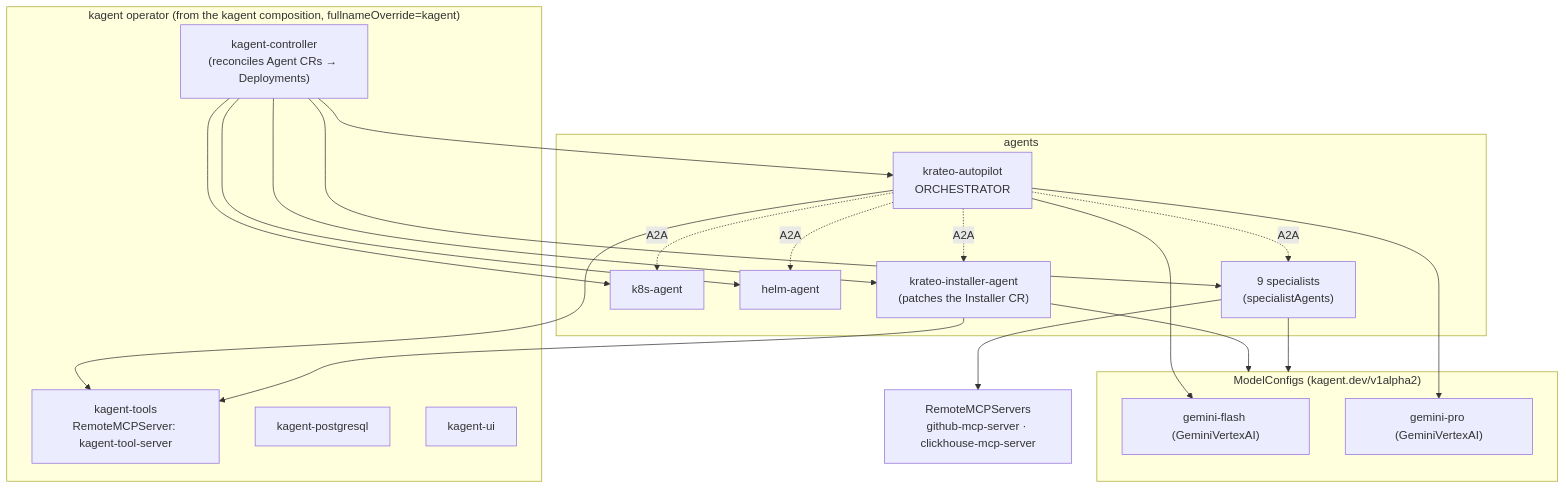
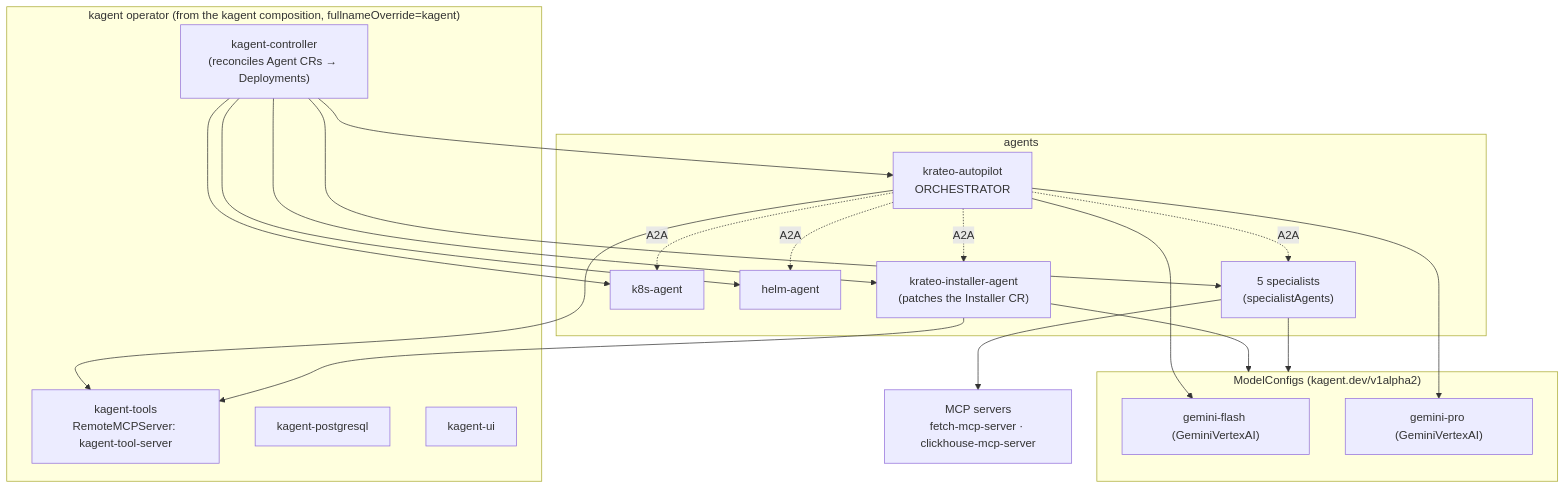
Before and after one commit to braghettos/installer: the fifth of 8 diagrams in ARCHITECTURE.md, drawn with Mermaid. The commit also changed other lines of this file and 11 other files, not shown here.

````diff
--- a/ARCHITECTURE.md
+++ b/ARCHITECTURE.md
@@ -167,34 +192,34 @@
 ```mermaid
 flowchart TB
     subgraph operator["kagent operator (from the kagent composition, fullnameOverride=kagent)"]
         ctrl["kagent-controller<br/>(reconciles Agent CRs → Deployments)"]
         tools["kagent-tools<br/>RemoteMCPServer: kagent-tool-server"]
         pg["kagent-postgresql"]
         ui["kagent-ui"]
     end
     subgraph models["ModelConfigs (kagent.dev/v1alpha2)"]
         flash["gemini-flash (GeminiVertexAI)"]
         pro["gemini-pro (GeminiVertexAI)"]
     end
     subgraph agentlayer["agents"]
         ap["krateo-autopilot<br/>ORCHESTRATOR"]
         ia["krateo-installer-agent<br/>(patches the Installer CR)"]
         k8s["k8s-agent"]
         helm["helm-agent"]
-        spec["9 specialists<br/>(specialistAgents)"]
+        spec["5 specialists<br/>(specialistAgents)"]
     end
-    extmcp["RemoteMCPServers<br/>github-mcp-server · clickhouse-mcp-server"]
+    extmcp["MCP servers<br/>fetch-mcp-server · clickhouse-mcp-server"]
 
     ctrl --> ap & ia & k8s & helm & spec
     ap -. A2A .-> ia
     ap -. A2A .-> k8s
     ap -. A2A .-> helm
     ap -. A2A .-> spec
     ap --> tools
     ia --> tools
     spec --> extmcp
     ap --> flash
     ap --> pro
     ia --> models
     spec --> models
 ```
````
